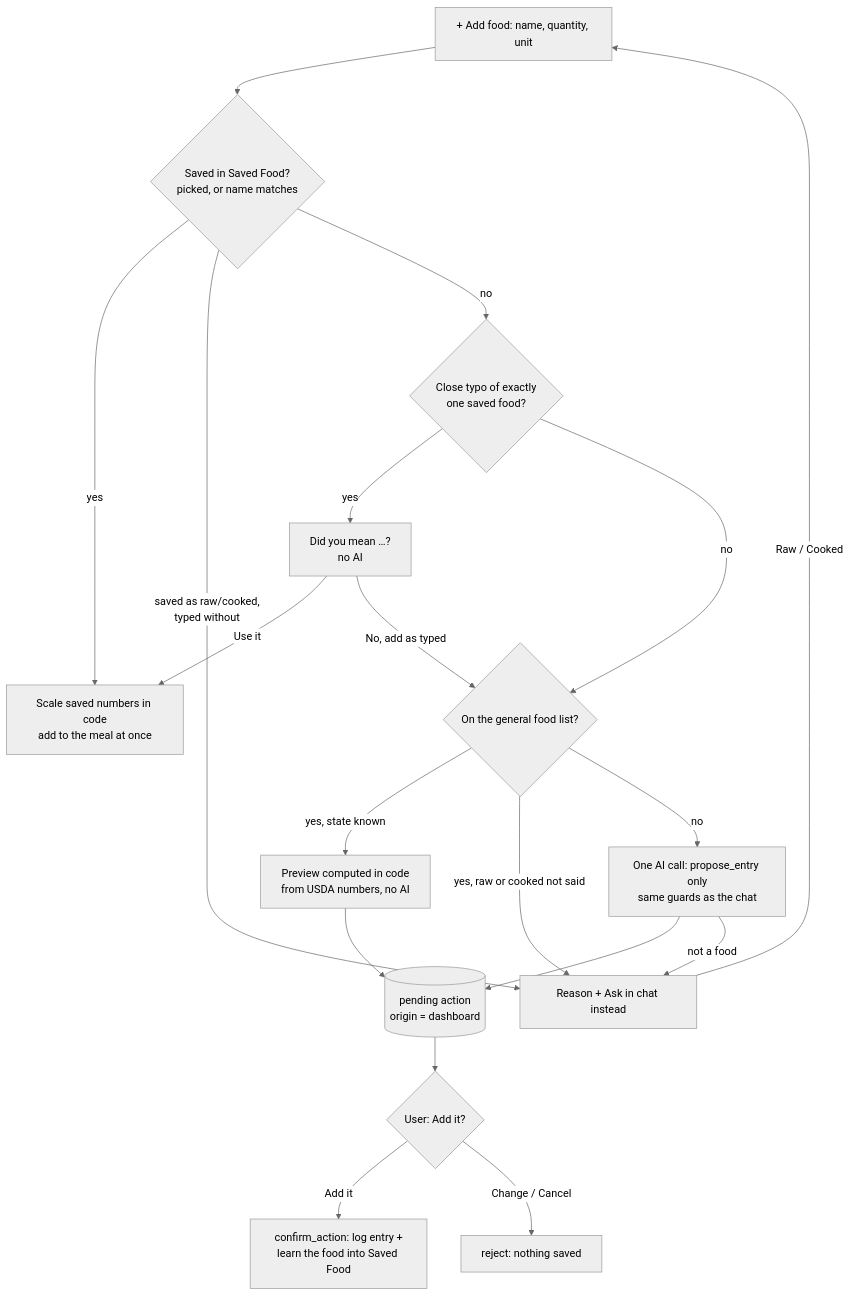
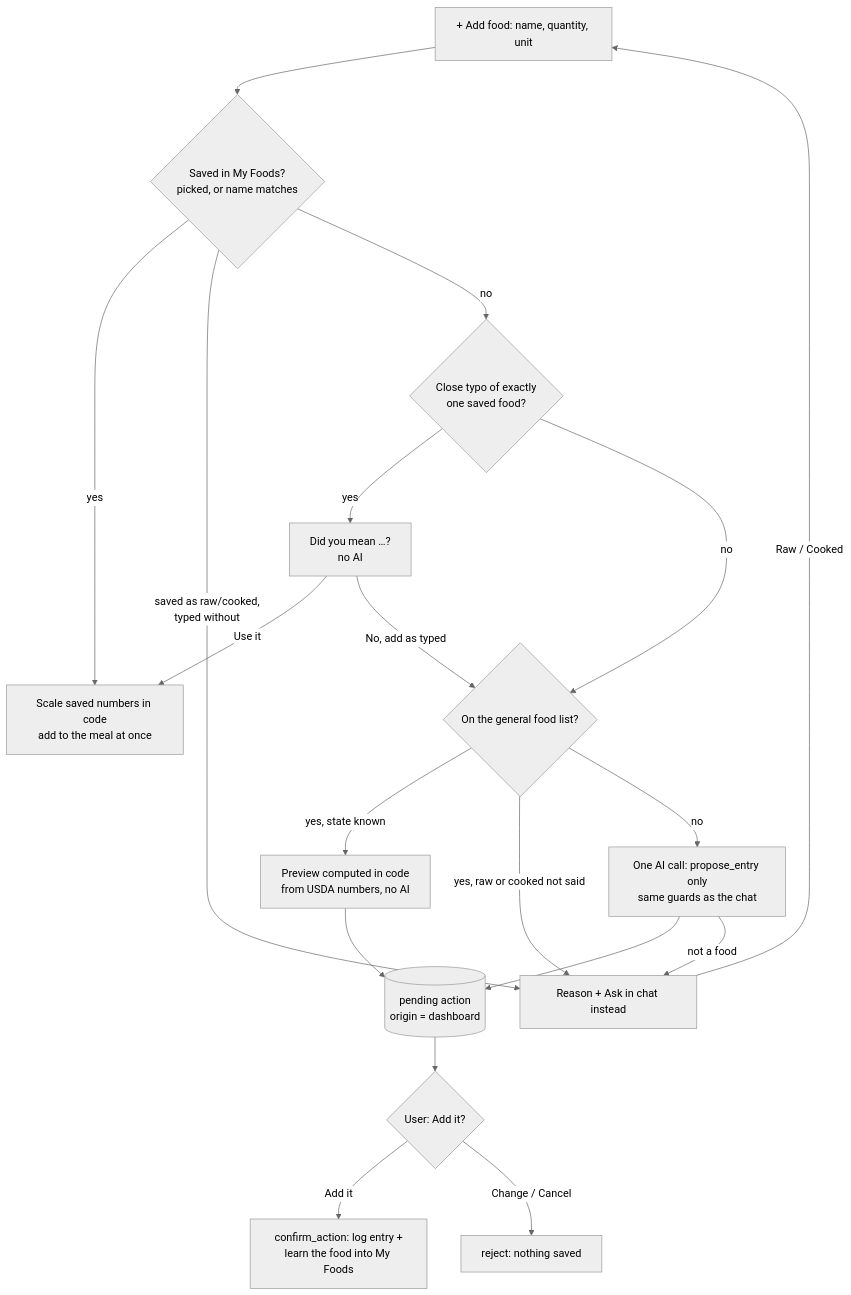
One commit to NeoAnushka21/tracker_poc changed the eighth of 11 diagrams in docs/hld.md. Above: the diagram before and after it, drawn with Mermaid (neutral theme). The commit also changed other lines of this file and 27 other files, not shown here.

````diff
--- a/docs/hld.md
+++ b/docs/hld.md
@@ -193,21 +193,21 @@
 ```mermaid
 flowchart TD
-    A[+ Add food: name, quantity, unit] --> M{Saved in Saved Food?<br/>picked, or name matches}
+    A[+ Add food: name, quantity, unit] --> M{Saved in My Foods?<br/>picked, or name matches}
     M -->|yes| S[Scale saved numbers in code<br/>add to the meal at once]
     M -->|saved as raw/cooked,<br/>typed without| Q[Raw or cooked? buttons]
     M -->|no| T{Close typo of exactly<br/>one saved food?}
     T -->|yes| D[Did you mean …?<br/>no AI]
     D -->|Use it| S
     D -->|No, add as typed| G
     T -->|no| G{On the general food list?}
     G -->|yes, state known| GP[Preview computed in code<br/>from USDA numbers, no AI]
     G -->|yes, raw or cooked not said| Q
     Q -->|Raw / Cooked| A
     G -->|no| L[One AI call: propose_entry only<br/>same guards as the chat]
     GP --> P
     L --> P[(pending action<br/>origin = dashboard)]
     P --> C{User: Add it?}
-    C -->|Add it| W[confirm_action: log entry +<br/>learn the food into Saved Food]
+    C -->|Add it| W[confirm_action: log entry +<br/>learn the food into My Foods]
     C -->|Change / Cancel| R[reject: nothing saved]
     L -->|not a food| Q[Reason + Ask in chat instead]
 ```
````
